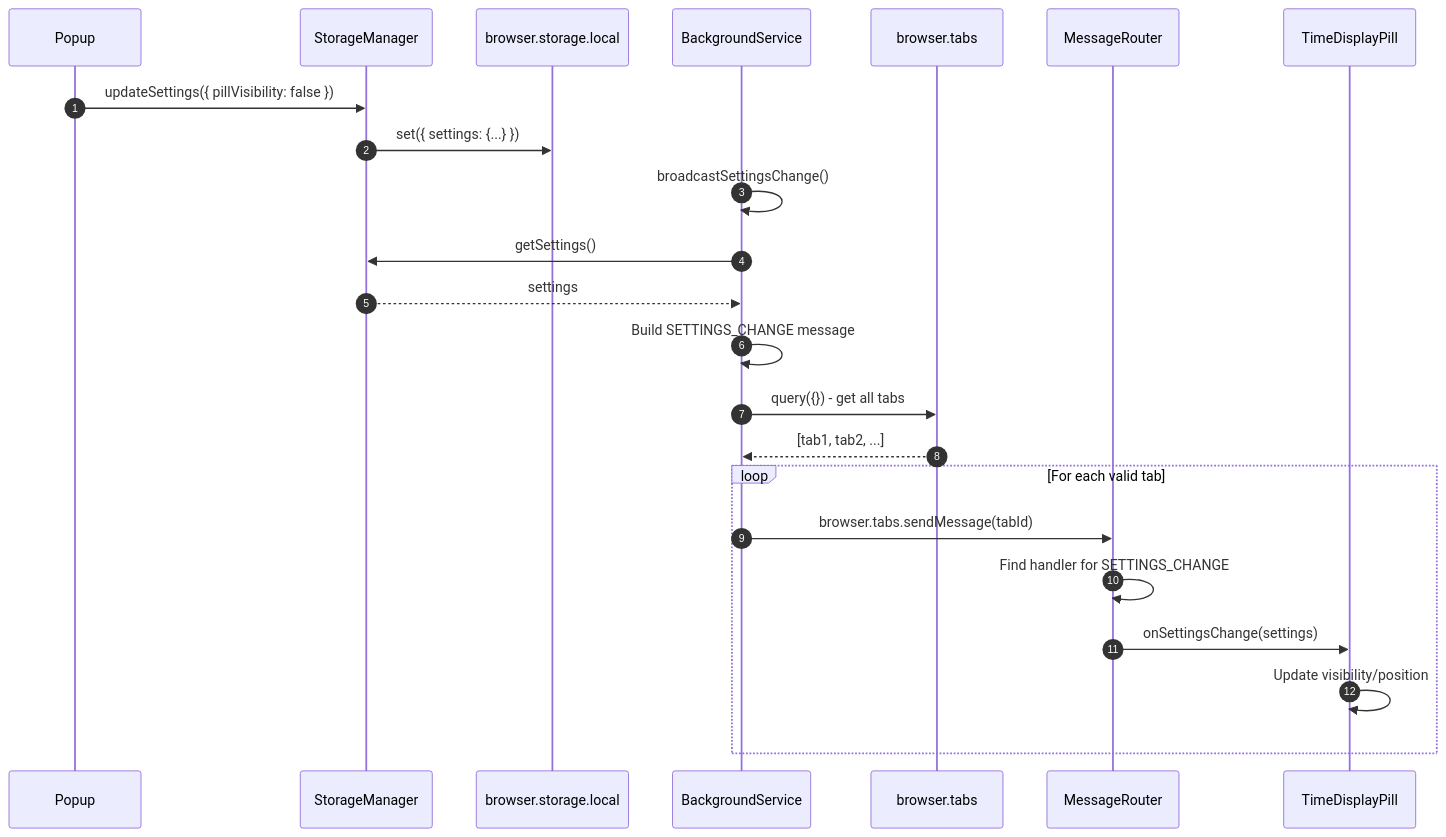
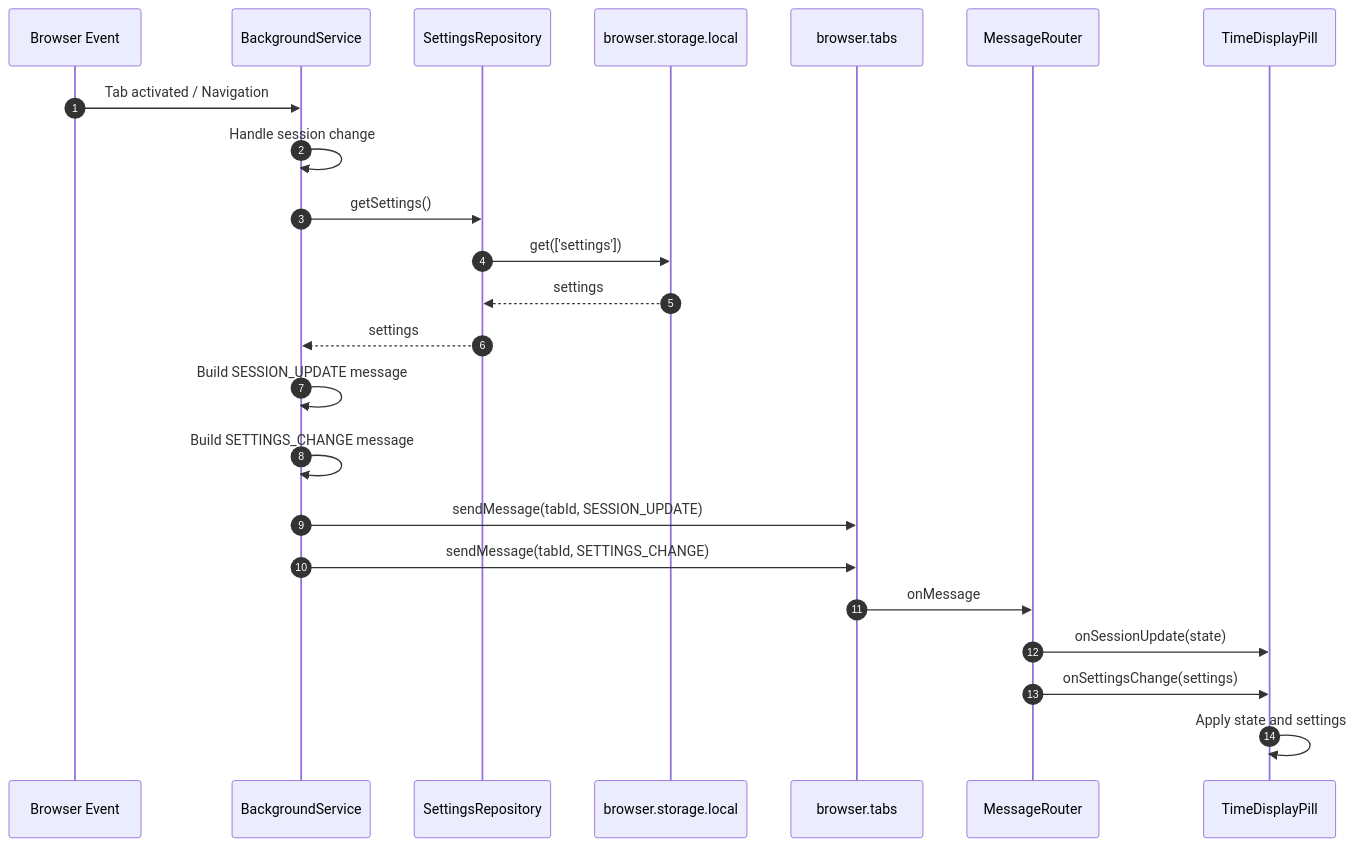
The eighth of 11 diagrams in docs/architecture-sequences.md (JayDosunmu/web-time-tracker), drawn with Mermaid before and after one commit. The commit also changed other lines of this file and 8 other files, not shown here.

Commit message:
fix: moving the timer pill adjusts the position for all tabs (stored as persistent setting)

````diff
--- a/docs/architecture-sequences.md
+++ b/docs/architecture-sequences.md
@@ -384,29 +412,27 @@
 ```mermaid
 sequenceDiagram
     autonumber
-    participant Popup as Popup
-    participant SM as StorageManager
+    participant Browser as Browser Event
+    participant BS as BackgroundService
+    participant SR as SettingsRepository
     participant Storage as browser.storage.local
-    participant BS as BackgroundService
     participant Tabs as browser.tabs
     participant MR as MessageRouter
     participant TDP as TimeDisplayPill
 
-    Popup->>SM: updateSettings({ pillVisibility: false })
-    SM->>Storage: set({ settings: {...} })
+    Browser->>BS: Tab activated / Navigation
+    BS->>BS: Handle session change
+    BS->>SR: getSettings()
+    SR->>Storage: get(['settings'])
+    Storage-->>SR: settings
+    SR-->>BS: settings
 
-    BS->>BS: broadcastSettingsChange()
-    BS->>SM: getSettings()
-    SM-->>BS: settings
-
+    BS->>BS: Build SESSION_UPDATE message
     BS->>BS: Build SETTINGS_CHANGE message
-    BS->>Tabs: query({}) - get all tabs
-    Tabs-->>BS: [tab1, tab2, ...]
-
-    loop For each valid tab
-        BS->>MR: browser.tabs.sendMessage(tabId)
-        MR->>MR: Find handler for SETTINGS_CHANGE
-        MR->>TDP: onSettingsChange(settings)
-        TDP->>TDP: Update visibility/position
-    end
+    BS->>Tabs: sendMessage(tabId, SESSION_UPDATE)
+    BS->>Tabs: sendMessage(tabId, SETTINGS_CHANGE)
+    Tabs->>MR: onMessage
+    MR->>TDP: onSessionUpdate(state)
+    MR->>TDP: onSettingsChange(settings)
+    TDP->>TDP: Apply state and settings
 ```
````
